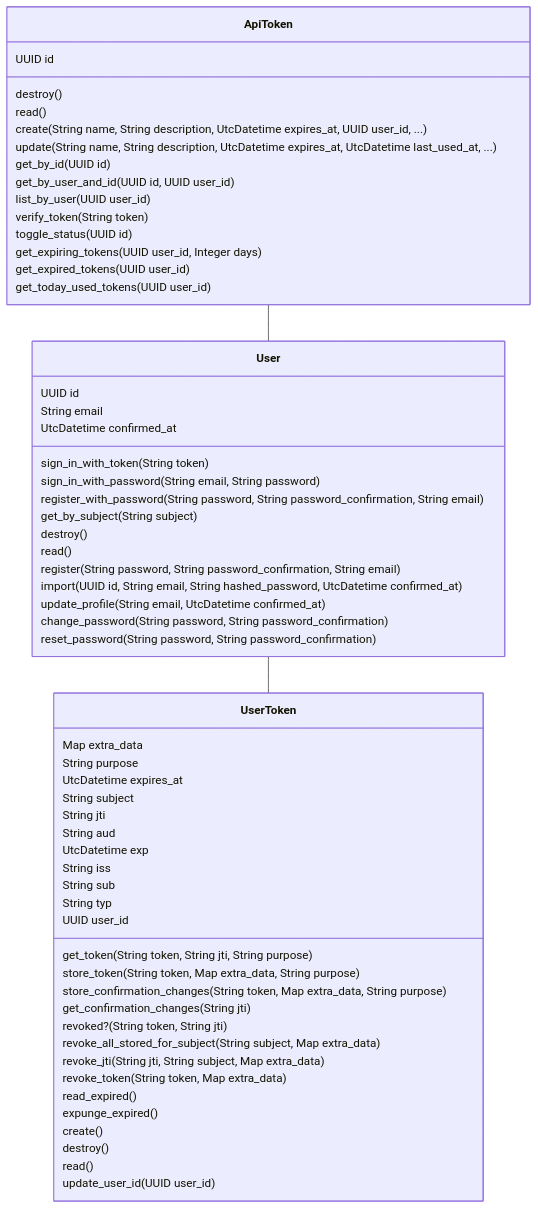
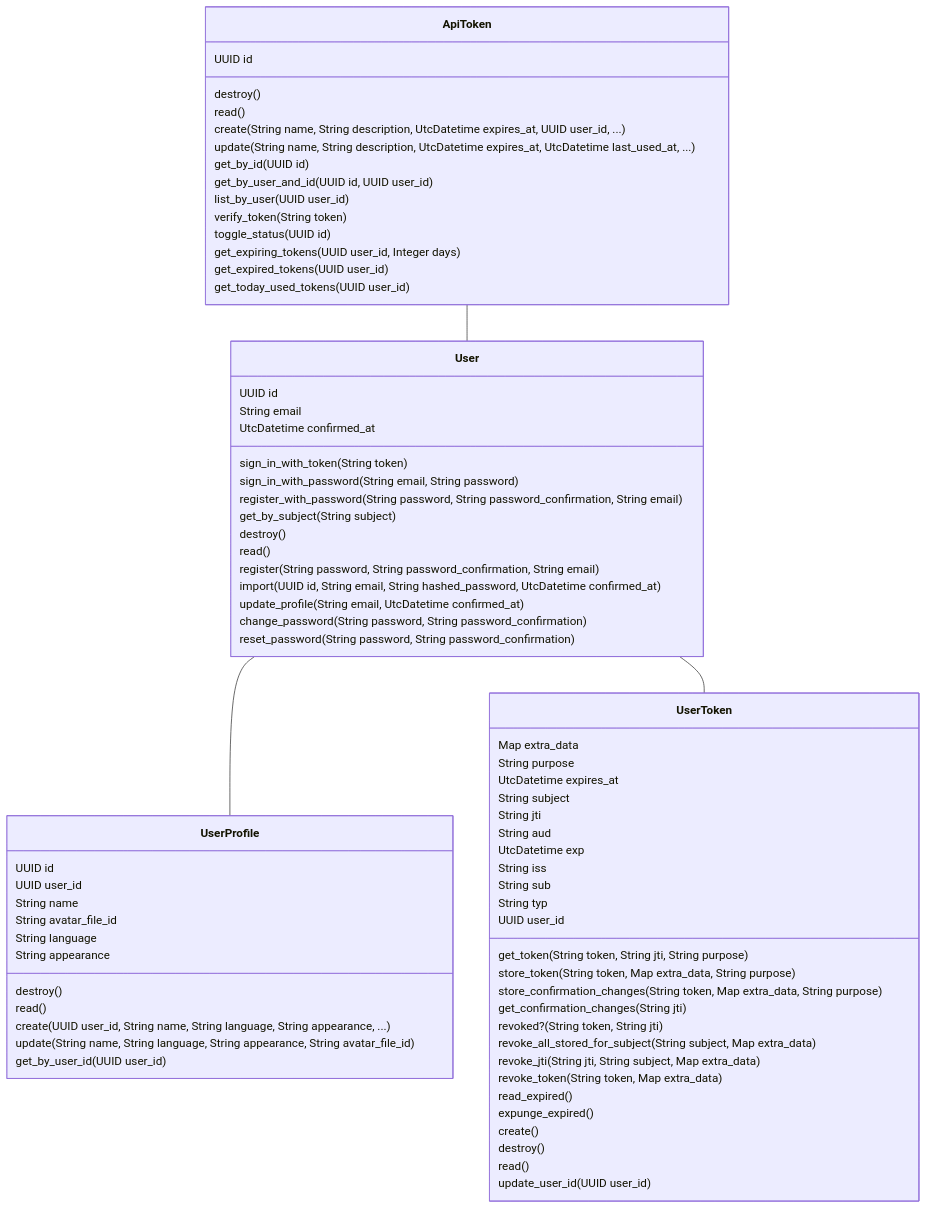
The diagram in lib/vmemo/account-mermaid-class-diagram.md (ThaddeusJiang/Vmemo), drawn with Mermaid before and after one commit.

Commit message:
chore(resource): refresh Ash resource diagrams [skip ci]

````diff
--- a/lib/vmemo/account-mermaid-class-diagram.md
+++ b/lib/vmemo/account-mermaid-class-diagram.md
@@ -1,65 +1,79 @@
 ```mermaid
 classDiagram
     class User {
         UUID id
         String email
         UtcDatetime confirmed_at
         sign_in_with_token(String token)
         sign_in_with_password(String email, String password)
         register_with_password(String password, String password_confirmation, String email)
         get_by_subject(String subject)
         destroy()
         read()
         register(String password, String password_confirmation, String email)
         import(UUID id, String email, String hashed_password, UtcDatetime confirmed_at)
         update_profile(String email, UtcDatetime confirmed_at)
         change_password(String password, String password_confirmation)
         reset_password(String password, String password_confirmation)
+    }
+    class UserProfile {
+        UUID id
+        UUID user_id
+        String name
+        String avatar_file_id
+        String language
+        String appearance
+        destroy()
+        read()
+        create(UUID user_id, String name, String language, String appearance, ...)
+        update(String name, String language, String appearance, String avatar_file_id)
+        get_by_user_id(UUID user_id)
     }
     class UserToken {
         Map extra_data
         String purpose
         UtcDatetime expires_at
         String subject
         String jti
         String aud
         UtcDatetime exp
         String iss
         String sub
         String typ
         UUID user_id
         get_token(String token, String jti, String purpose)
         store_token(String token, Map extra_data, String purpose)
         store_confirmation_changes(String token, Map extra_data, String purpose)
         get_confirmation_changes(String jti)
         revoked?(String token, String jti)
         revoke_all_stored_for_subject(String subject, Map extra_data)
         revoke_jti(String jti, String subject, Map extra_data)
         revoke_token(String token, Map extra_data)
         read_expired()
         expunge_expired()
         create()
         destroy()
         read()
         update_user_id(UUID user_id)
     }
     class ApiToken {
         UUID id
         destroy()
         read()
         create(String name, String description, UtcDatetime expires_at, UUID user_id, ...)
         update(String name, String description, UtcDatetime expires_at, UtcDatetime last_used_at, ...)
         get_by_id(UUID id)
         get_by_user_and_id(UUID id, UUID user_id)
         list_by_user(UUID user_id)
         verify_token(String token)
         toggle_status(UUID id)
         get_expiring_tokens(UUID user_id, Integer days)
         get_expired_tokens(UUID user_id)
         get_today_used_tokens(UUID user_id)
     }
 
     ApiToken -- User
+    User -- UserProfile
     User -- UserToken
 
 ```
````
